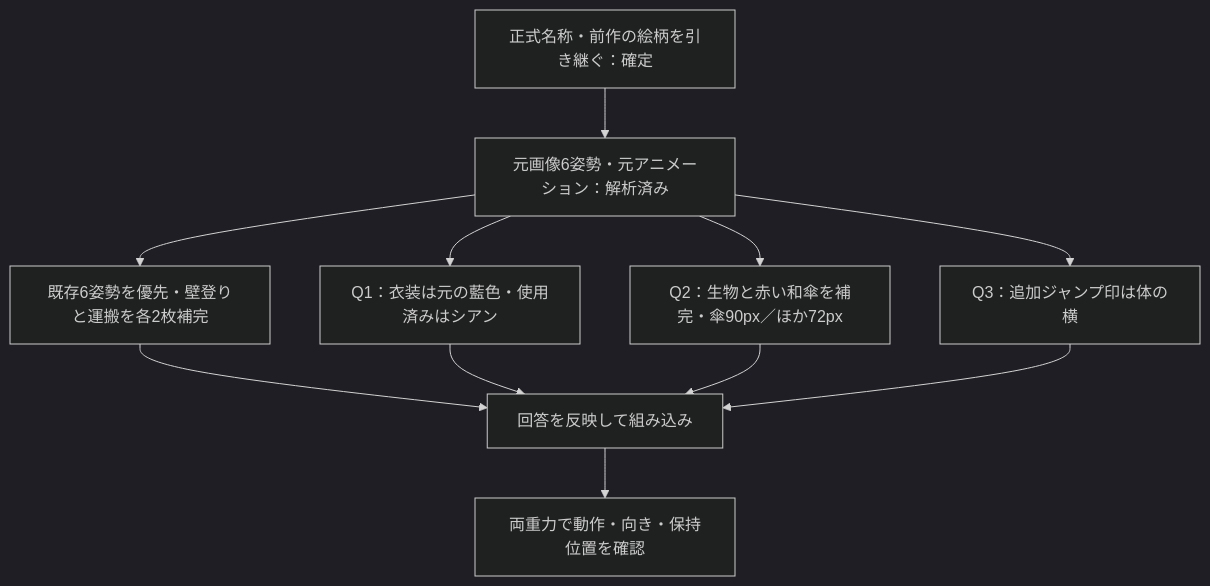
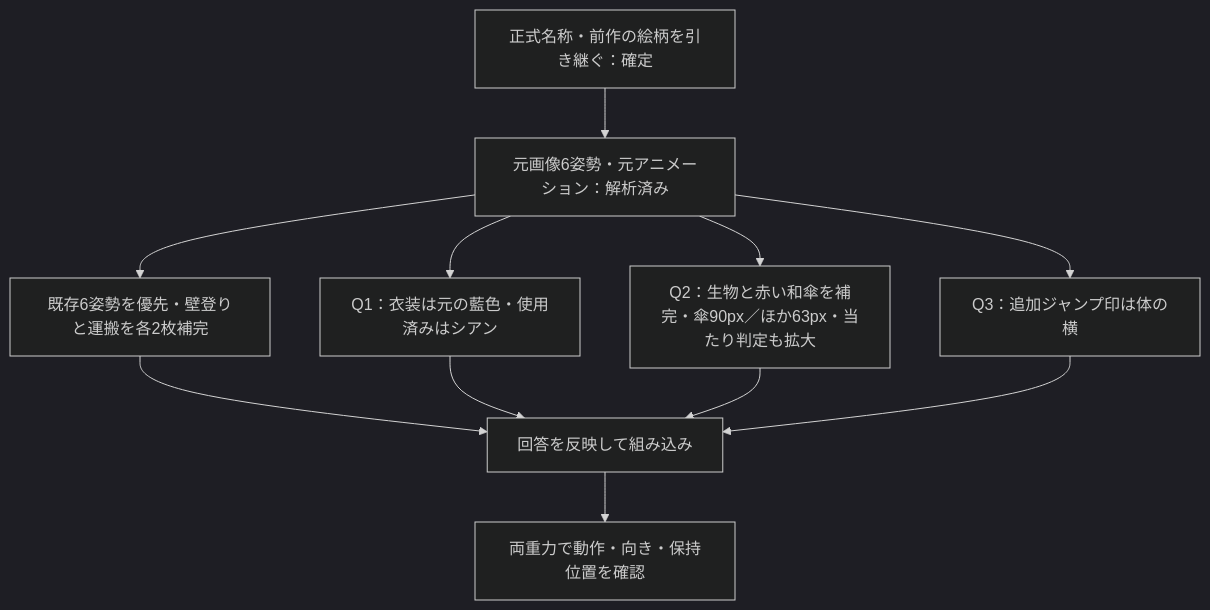
One commit to Foxy-null/2d-space changed the diagram in docs/character-sprites.md. Above: the diagram before and after it, drawn with Mermaid (dark theme). The commit also changed other lines of this file and 14 other files, not shown here.

````diff
--- a/docs/character-sprites.md
+++ b/docs/character-sprites.md
@@ -72,13 +74,13 @@
 ```mermaid
 flowchart TD
     A[正式名称・前作の絵柄を引き継ぐ：確定] --> B[元画像6姿勢・元アニメーション：解析済み]
     B --> C[既存6姿勢を優先・壁登りと運搬を各2枚補完]
     B --> Q1[Q1：衣装は元の藍色・使用済みはシアン]
-    B --> Q2[Q2：生物と赤い和傘を補完・傘90px／ほか72px]
+    B --> Q2[Q2：生物と赤い和傘を補完・傘90px／ほか63px・当たり判定も拡大]
     B --> Q3[Q3：追加ジャンプ印は体の横]
     C --> D[回答を反映して組み込み]
     Q1 --> D
     Q2 --> D
     Q3 --> D
     D --> E[両重力で動作・向き・保持位置を確認]
 ```
````
